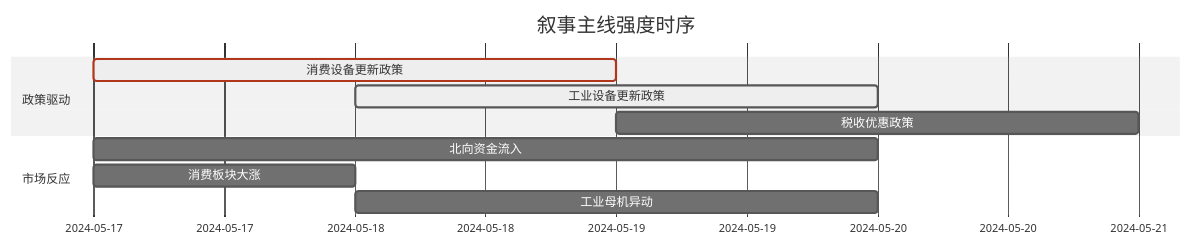
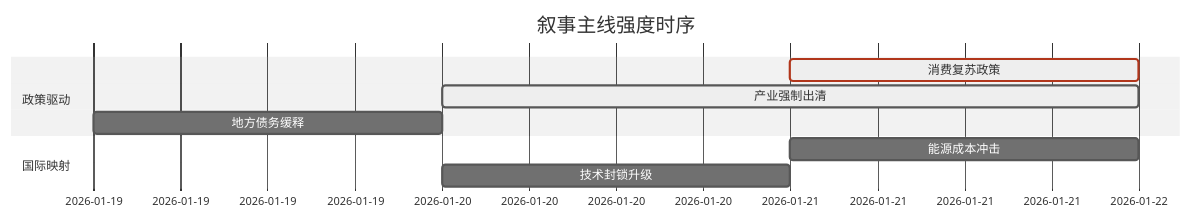
Before and after one commit to uu5zn/uu5zn.github.io: the diagram in 5day_report.md, drawn with Mermaid (neutral theme). The commit also changed other lines of this file and 18 other files, not shown here.

````diff
--- a/5day_report.md
+++ b/5day_report.md
@@ -53,14 +51,13 @@
 ```mermaid
 gantt
     title 叙事主线强度时序
     dateFormat  YYYY-MM-DD
     section 政策驱动
-    消费设备更新政策   :crit, active, 2024-05-17, 2d
-    工业设备更新政策   :active, 2024-05-18, 2d
-    税收优惠政策     :2024-05-19, 2d
+    消费复苏政策   :crit, active, 2026-01-21, 1d
+    产业强制出清   :active, 2026-01-20, 2d
+    地方债务缓释   :2026-01-19, 1d
     
-    section 市场反应
-    北向资金流入     :2024-05-17, 3d
-    消费板块大涨     :2024-05-17, 1d
-    工业母机异动     :2024-05-18, 2d
+    section 国际映射
+    能源成本冲击   :2026-01-21, 1d
+    技术封锁升级   :2026-01-20, 1d
 ```
````
